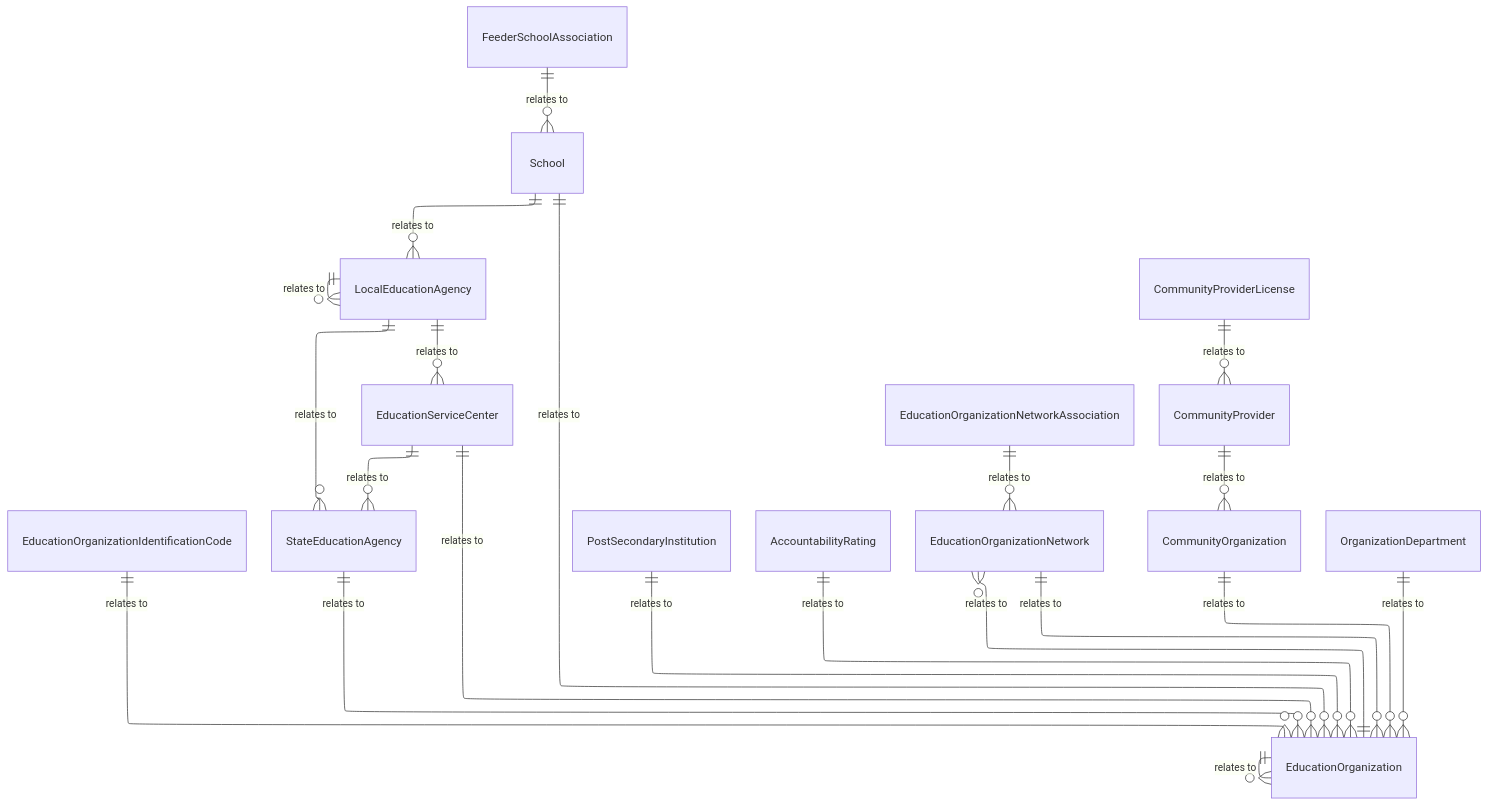
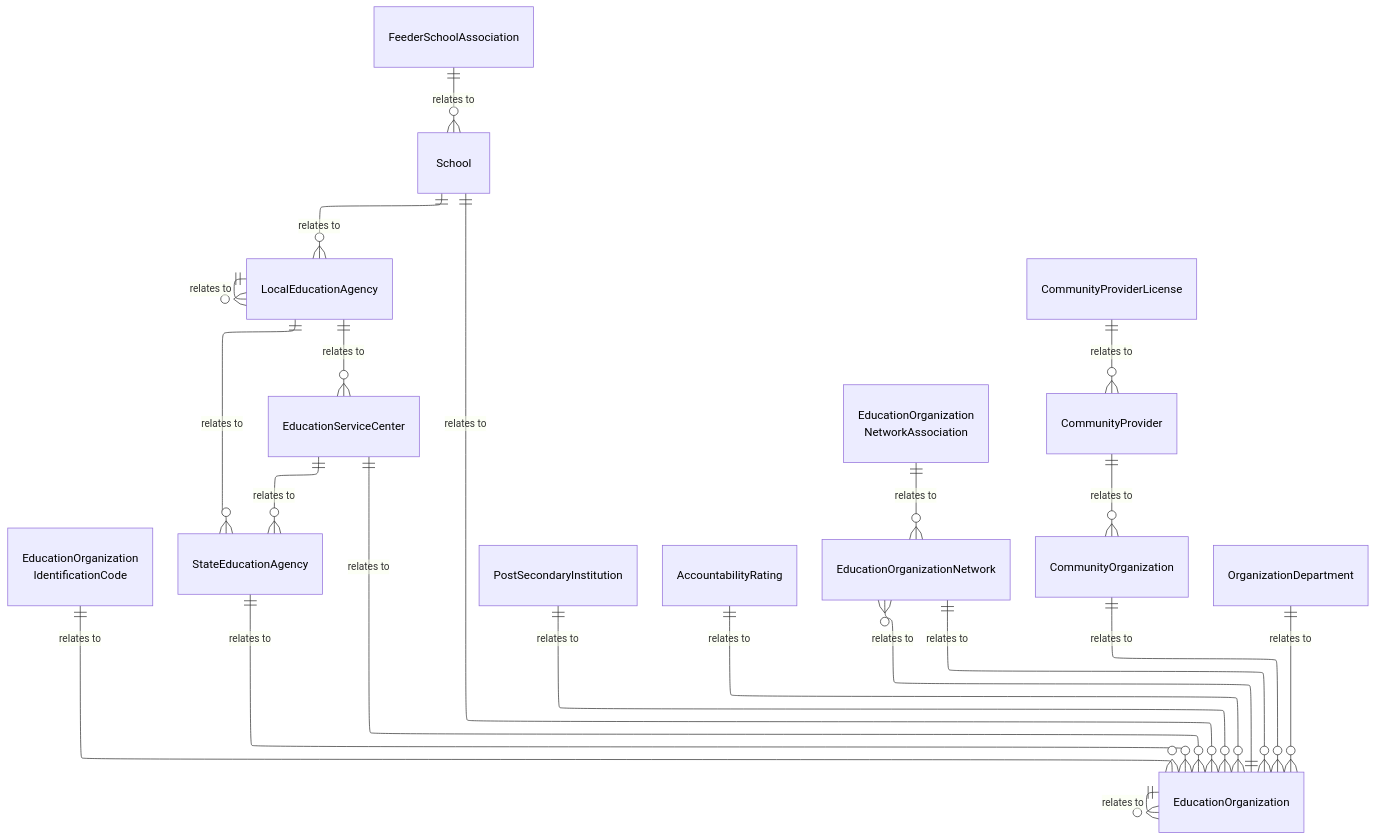
Before and after one commit to Ed-Fi-Alliance-OSS/ed-fi-alliance-oss.github.io: the diagram in dataStandard_versioned_docs/version-6/model-reference/education-organization-domain/model-diagrams.md, drawn with Mermaid. The commit also changed 24 other files, not shown here.

````diff
--- a/dataStandard_versioned_docs/version-6/model-reference/education-organization-domain/model-diagrams.md
+++ b/dataStandard_versioned_docs/version-6/model-reference/education-organization-domain/model-diagrams.md
@@ -10,59 +10,72 @@
 ```mermaid
 ---
-
 config:
   layout: elk
 ---
-
 erDiagram
     EducationOrganization {
     }
-    EducationOrganizationIdentificationCode {
+    EducationOrganizationIdentificationCode["EducationOrganization<br/>IdentificationCode"] {
     }
     StateEducationAgency {
     }
     LocalEducationAgency {
     }
     EducationServiceCenter {
     }
     School {
     }
     PostSecondaryInstitution {
     }
     AccountabilityRating {
     }
     EducationOrganizationNetwork {
     }
-    EducationOrganizationNetworkAssociation {
+    EducationOrganizationNetworkAssociation["EducationOrganization<br/>NetworkAssociation"] {
     }
     FeederSchoolAssociation {
     }
     CommunityOrganization {
     }
     CommunityProvider {
     }
     CommunityProviderLicense {
     }
     OrganizationDepartment {
     }
     StateEducationAgency ||--o{ EducationOrganization : "relates to"
     EducationServiceCenter ||--o{ EducationOrganization : "relates to"
     School ||--o{ EducationOrganization : "relates to"
     PostSecondaryInstitution ||--o{ EducationOrganization : "relates to"
     CommunityOrganization ||--o{ EducationOrganization : "relates to"
     OrganizationDepartment ||--o{ EducationOrganization : "relates to"
     EducationOrganization ||--o{ EducationOrganization : "relates to"
     EducationOrganization ||--o{ EducationOrganizationNetwork : "relates to"
     EducationOrganizationNetwork ||--o{ EducationOrganization : "relates to"
     AccountabilityRating ||--o{ EducationOrganization : "relates to"
     EducationOrganizationNetworkAssociation ||--o{ EducationOrganizationNetwork : "relates to"
     School ||--o{ LocalEducationAgency : "relates to"
     LocalEducationAgency ||--o{ EducationServiceCenter : "relates to"
     LocalEducationAgency ||--o{ LocalEducationAgency : "relates to"
     EducationServiceCenter ||--o{ StateEducationAgency : "relates to"
     LocalEducationAgency ||--o{ StateEducationAgency : "relates to"
     FeederSchoolAssociation ||--o{ School : "relates to"
     CommunityProvider ||--o{ CommunityOrganization : "relates to"
     CommunityProviderLicense ||--o{ CommunityProvider : "relates to"
     EducationOrganizationIdentificationCode ||--o{ EducationOrganization : "relates to"
+    style EducationOrganization color:#000000
+    style EducationOrganizationIdentificationCode color:#000000
+    style StateEducationAgency color:#000000
+    style LocalEducationAgency color:#000000
+    style EducationServiceCenter color:#000000
+    style School color:#000000
+    style PostSecondaryInstitution color:#000000
+    style AccountabilityRating color:#000000
+    style EducationOrganizationNetwork color:#000000
+    style EducationOrganizationNetworkAssociation color:#000000
+    style FeederSchoolAssociation color:#000000
+    style CommunityOrganization color:#000000
+    style CommunityProvider color:#000000
+    style CommunityProviderLicense color:#000000
+    style OrganizationDepartment color:#000000
 ```
````
